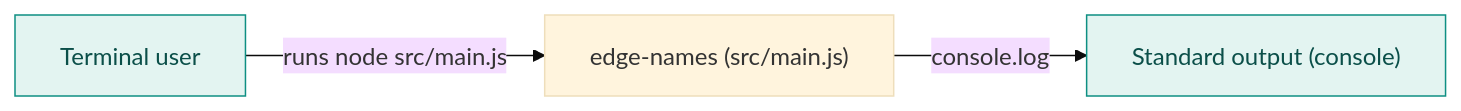
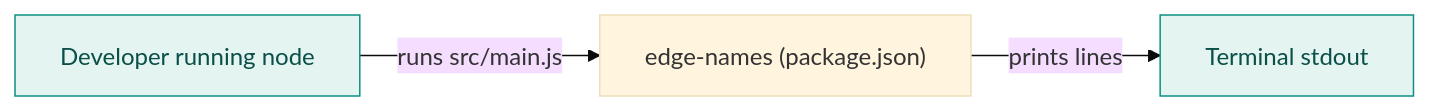
The first of 3 diagrams in examples/edge-names/docs/codemap/architecture.md (hxxnn/codemap), drawn with Mermaid (base theme) before and after one commit. The commit also changed other lines of this file and 35 other files, not shown here.

First line of the commit message:
test: regenerate examples with the final diagram rules

````diff
--- a/examples/edge-names/docs/codemap/architecture.md
+++ b/examples/edge-names/docs/codemap/architecture.md
@@ -16,9 +16,9 @@
 ```mermaid
 flowchart LR
-  n1["Terminal user"]:::external
-  n2["edge-names (src/main.js)"]
-  n3["Standard output (console)"]:::external
-  n1 -->|"runs node src/main.js"| n2
-  n2 -->|"console.log"| n3
+  u["Developer running node"]:::external
+  s["edge-names (package.json)"]
+  o["Terminal stdout"]:::external
+  u -->|"runs src/main.js"| s
+  s -->|"prints lines"| o
   classDef external fill:#E3F4F1,stroke:#0E8F83,color:#0B4F49
 ```
````
